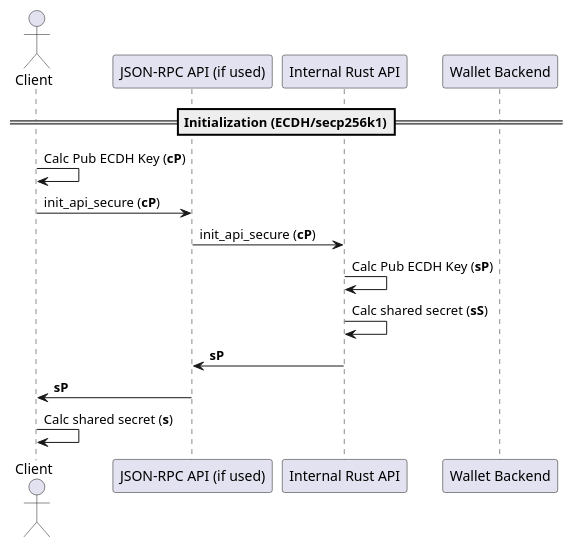
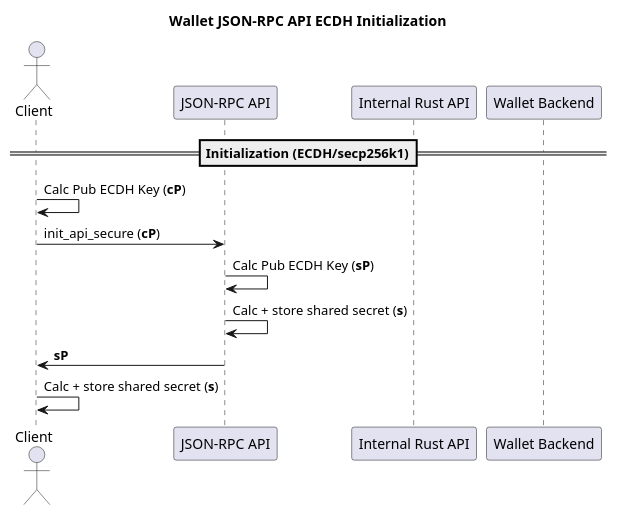
The diagram in assets/0000/0000-dh-init.puml (mimblewimble/grin-rfcs), drawn with PlantUML before and after one commit. The commit also changed 12 other files, not shown here.

Commit message:
Update security model to encrypt entire JSON-RPC request/response

```diff
--- a/assets/0000/0000-dh-init.puml
+++ b/assets/0000/0000-dh-init.puml
@@ -1,16 +1,16 @@
 @startuml
 actor "Client" as client
-participant "JSON-RPC API (if used)" as jsonrpc
+participant "JSON-RPC API" as jsonrpc
 participant "Internal Rust API" as rustapi
 participant "Wallet Backend" as backend
+
+title Wallet JSON-RPC API ECDH Initialization
 
 == Initialization (ECDH/secp256k1)==
 client -> client: Calc Pub ECDH Key (**cP**)
 client -> jsonrpc: init_api_secure (**cP**)
-jsonrpc -> rustapi: init_api_secure (**cP**)
-rustapi -> rustapi: Calc Pub ECDH Key (**sP**)
-rustapi -> rustapi: Calc shared secret (**sS**)
-rustapi -> jsonrpc: **sP**
+jsonrpc -> jsonrpc: Calc Pub ECDH Key (**sP**)
+jsonrpc -> jsonrpc: Calc + store shared secret (**s**)
 jsonrpc -> client: **sP**
-client -> client: Calc shared secret (**s**)
+client -> client: Calc + store shared secret (**s**)
 @enduml
```
